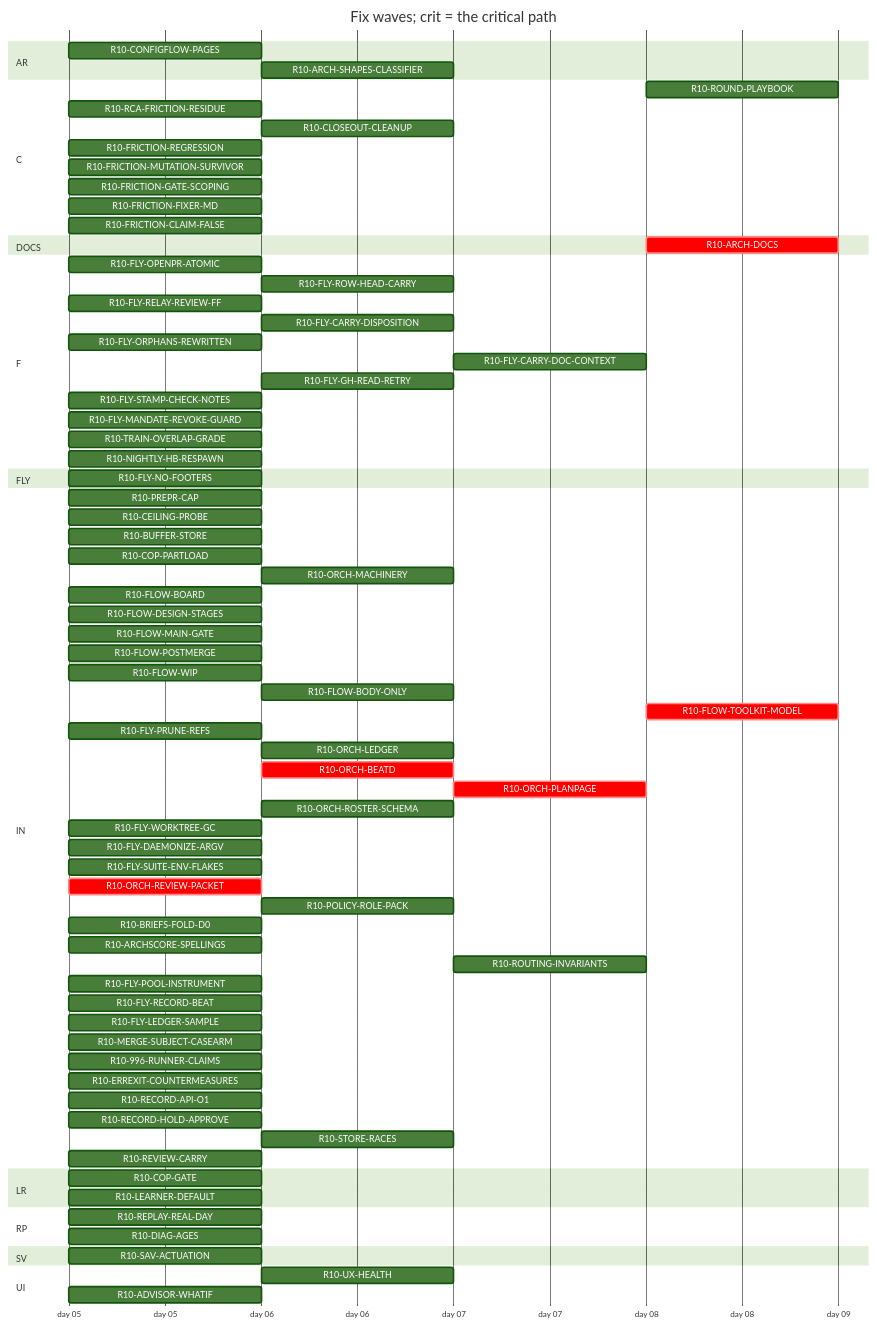
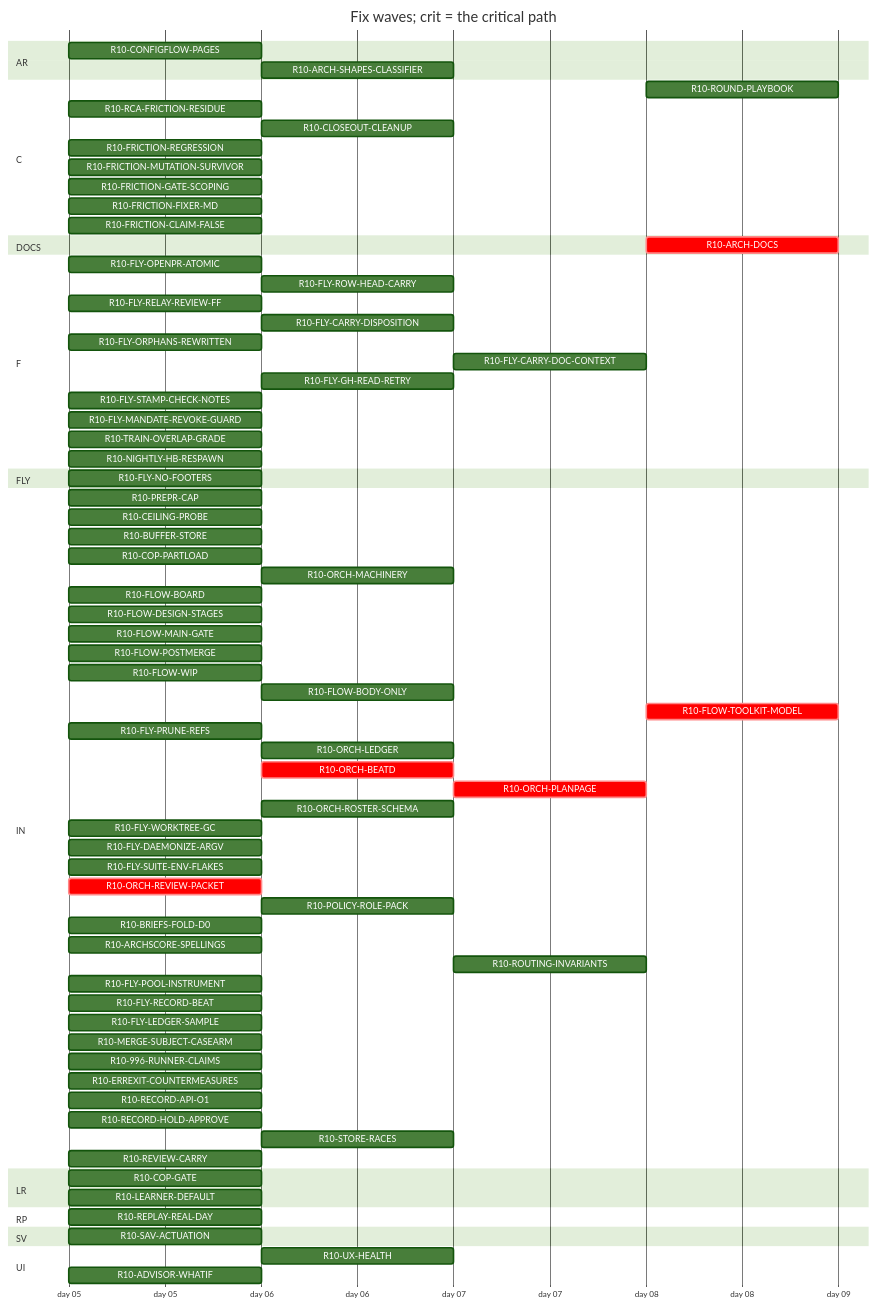
Before and after one commit to tvofi/heatpump_optimizer: the diagram in handoff/round10/state/PLAN-TABLE.md, drawn with Mermaid (forest theme). The commit also changed other lines of this file and 3 other files, not shown here.

Commit message:
state: FLOW-BOARD.md, NEXT-SESSION-PROMPT.md, PLAN-TABLE.md, RESUME-CURRENT.md regenerated (state_docs.py)

````diff
--- a/handoff/round10/state/PLAN-TABLE.md
+++ b/handoff/round10/state/PLAN-TABLE.md
@@ -23,81 +23,80 @@
 ```mermaid
 gantt
   title Fix waves; crit = the critical path
   dateFormat YYYY-MM-DD
   axisFormat day %d
   section AR
     R10-CONFIGFLOW-PAGES :r10CONFIGFLOWPAGES, 2026-01-05, 1d
     R10-ARCH-SHAPES-CLASSIFIER :r10ARCHSHAPESCLASSIFIER, after r10996RUNNERCLAIMS, 1d
   section C
     R10-ROUND-PLAYBOOK :r10ROUNDPLAYBOOK, after r10ORCHLEDGER r10ORCHBEATD r10ORCHPLANPAGE r10FLOWMAINGATE r10FLYRELAYREVIEWFF r10FLOWBODYONLY, 1d
     R10-RCA-FRICTION-RESIDUE :r10RCAFRICTIONRESIDUE, 2026-01-05, 1d
     R10-CLOSEOUT-CLEANUP :r10CLOSEOUTCLEANUP, after r10FLYPRUNEREFS r10FLYWORKTREEGC, 1d
     R10-FRICTION-REGRESSION :r10FRICTIONREGRESSION, 2026-01-05, 1d
     R10-FRICTION-MUTATION-SURVIVOR :r10FRICTIONMUTATIONSURVIVOR, 2026-01-05, 1d
     R10-FRICTION-GATE-SCOPING :r10FRICTIONGATESCOPING, 2026-01-05, 1d
     R10-FRICTION-FIXER-MD :r10FRICTIONFIXERMD, 2026-01-05, 1d
     R10-FRICTION-CLAIM-FALSE :r10FRICTIONCLAIMFALSE, 2026-01-05, 1d
   section DOCS
     R10-ARCH-DOCS :crit, r10ARCHDOCS, after r10COPGATE r10UXHEALTH r10CONFIGFLOWPAGES r10CEILINGPROBE r10BUFFERSTORE r10COPPARTLOAD r10LEARNERDEFAULT r10FLOWBOARD r10FLOWDESIGNSTAGES r10FLOWPOSTMERGE r10FLOWWIP r10FLOWBODYONLY r10FLYOPENPRATOMIC r10FLYROWHEADCARRY r10FLYRELAYREVIEWFF r10FLYCARRYDISPOSITION r10FLYORPHANSREWRITTEN r10FLYCARRYDOCCONTEXT r10FLOWTOOLKITMODEL r10FLYSTAMPCHECKNOTES r10FLYMANDATEREVOKEGUARD r10RCAFRICTIONRESIDUE r10TRAINOVERLAPGRADE r10NIGHTLYHBRESPAWN r10FLYPRUNEREFS r10ORCHLEDGER r10ORCHBEATD r10ORCHPLANPAGE r10ORCHROSTERSCHEMA r10FLYWORKTREEGC r10FLYDAEMONIZEARGV r10ORCHREVIEWPACKET r10POLICYROLEPACK r10BRIEFSFOLDD0 r10REPLAYREALDAY r10ARCHSCORESPELLINGS r10SAVACTUATION r10FLYLEDGERSAMPLE, 1d
   section F
     R10-FLY-OPENPR-ATOMIC :r10FLYOPENPRATOMIC, 2026-01-05, 1d
     R10-FLY-ROW-HEAD-CARRY :r10FLYROWHEADCARRY, after r10FLYOPENPRATOMIC, 1d
     R10-FLY-RELAY-REVIEW-FF :r10FLYRELAYREVIEWFF, 2026-01-05, 1d
     R10-FLY-CARRY-DISPOSITION :r10FLYCARRYDISPOSITION, after r10FLYORPHANSREWRITTEN, 1d
     R10-FLY-ORPHANS-REWRITTEN :r10FLYORPHANSREWRITTEN, 2026-01-05, 1d
     R10-FLY-CARRY-DOC-CONTEXT :r10FLYCARRYDOCCONTEXT, after r10FLYGHREADRETRY, 1d
     R10-FLY-GH-READ-RETRY :r10FLYGHREADRETRY, after r10FLOWMAINGATE, 1d
     R10-FLY-STAMP-CHECK-NOTES :r10FLYSTAMPCHECKNOTES, 2026-01-05, 1d
     R10-FLY-MANDATE-REVOKE-GUARD :r10FLYMANDATEREVOKEGUARD, 2026-01-05, 1d
     R10-TRAIN-OVERLAP-GRADE :r10TRAINOVERLAPGRADE, 2026-01-05, 1d
     R10-NIGHTLY-HB-RESPAWN :r10NIGHTLYHBRESPAWN, 2026-01-05, 1d
   section FLY
     R10-FLY-NO-FOOTERS :r10FLYNOFOOTERS, 2026-01-05, 1d
   section IN
     R10-PREPR-CAP :r10PREPRCAP, 2026-01-05, 1d
     R10-CEILING-PROBE :r10CEILINGPROBE, 2026-01-05, 1d
     R10-BUFFER-STORE :r10BUFFERSTORE, 2026-01-05, 1d
     R10-COP-PARTLOAD :r10COPPARTLOAD, 2026-01-05, 1d
     R10-ORCH-MACHINERY :r10ORCHMACHINERY, after r10FLOWMAINGATE, 1d
     R10-FLOW-BOARD :r10FLOWBOARD, 2026-01-05, 1d
     R10-FLOW-DESIGN-STAGES :r10FLOWDESIGNSTAGES, 2026-01-05, 1d
     R10-FLOW-MAIN-GATE :r10FLOWMAINGATE, 2026-01-05, 1d
     R10-FLOW-POSTMERGE :r10FLOWPOSTMERGE, 2026-01-05, 1d
     R10-FLOW-WIP :r10FLOWWIP, 2026-01-05, 1d
     R10-FLOW-BODY-ONLY :r10FLOWBODYONLY, after r10FLYOPENPRATOMIC, 1d
     R10-FLOW-TOOLKIT-MODEL :crit, r10FLOWTOOLKITMODEL, after r10ORCHPLANPAGE, 1d
     R10-FLY-PRUNE-REFS :r10FLYPRUNEREFS, 2026-01-05, 1d
     R10-ORCH-LEDGER :r10ORCHLEDGER, after r10FLOWMAINGATE, 1d
     R10-ORCH-BEATD :crit, r10ORCHBEATD, after r10ORCHREVIEWPACKET, 1d
     R10-ORCH-PLANPAGE :crit, r10ORCHPLANPAGE, after r10ORCHBEATD, 1d
     R10-ORCH-ROSTER-SCHEMA :r10ORCHROSTERSCHEMA, after r10FLOWMAINGATE, 1d
     R10-FLY-WORKTREE-GC :r10FLYWORKTREEGC, 2026-01-05, 1d
     R10-FLY-DAEMONIZE-ARGV :r10FLYDAEMONIZEARGV, 2026-01-05, 1d
     R10-FLY-SUITE-ENV-FLAKES :r10FLYSUITEENVFLAKES, 2026-01-05, 1d
     R10-ORCH-REVIEW-PACKET :crit, r10ORCHREVIEWPACKET, 2026-01-05, 1d
     R10-POLICY-ROLE-PACK :r10POLICYROLEPACK, after r10FLOWDESIGNSTAGES, 1d
     R10-BRIEFS-FOLD-D0 :r10BRIEFSFOLDD0, 2026-01-05, 1d
     R10-ARCHSCORE-SPELLINGS :r10ARCHSCORESPELLINGS, 2026-01-05, 1d
     R10-ROUTING-INVARIANTS :r10ROUTINGINVARIANTS, after r10ORCHROSTERSCHEMA, 1d
     R10-FLY-POOL-INSTRUMENT :r10FLYPOOLINSTRUMENT, 2026-01-05, 1d
     R10-FLY-RECORD-BEAT :r10FLYRECORDBEAT, 2026-01-05, 1d
     R10-FLY-LEDGER-SAMPLE :r10FLYLEDGERSAMPLE, 2026-01-05, 1d
     R10-MERGE-SUBJECT-CASEARM :r10MERGESUBJECTCASEARM, 2026-01-05, 1d
     R10-996-RUNNER-CLAIMS :r10996RUNNERCLAIMS, 2026-01-05, 1d
     R10-ERREXIT-COUNTERMEASURES :r10ERREXITCOUNTERMEASURES, 2026-01-05, 1d
     R10-RECORD-API-O1 :r10RECORDAPIO1, 2026-01-05, 1d
     R10-RECORD-HOLD-APPROVE :r10RECORDHOLDAPPROVE, 2026-01-05, 1d
     R10-STORE-RACES :r10STORERACES, after r10BUFFERSTORE, 1d
     R10-REVIEW-CARRY :r10REVIEWCARRY, 2026-01-05, 1d
   section LR
     R10-COP-GATE :r10COPGATE, 2026-01-05, 1d
     R10-LEARNER-DEFAULT :r10LEARNERDEFAULT, 2026-01-05, 1d
   section RP
     R10-REPLAY-REAL-DAY :r10REPLAYREALDAY, 2026-01-05, 1d
-    R10-DIAG-AGES :r10DIAGAGES, 2026-01-05, 1d
   section SV
     R10-SAV-ACTUATION :r10SAVACTUATION, 2026-01-05, 1d
   section UI
     R10-UX-HEALTH :r10UXHEALTH, after r10COPGATE, 1d
     R10-ADVISOR-WHATIF :r10ADVISORWHATIF, 2026-01-05, 1d
 ```
````
